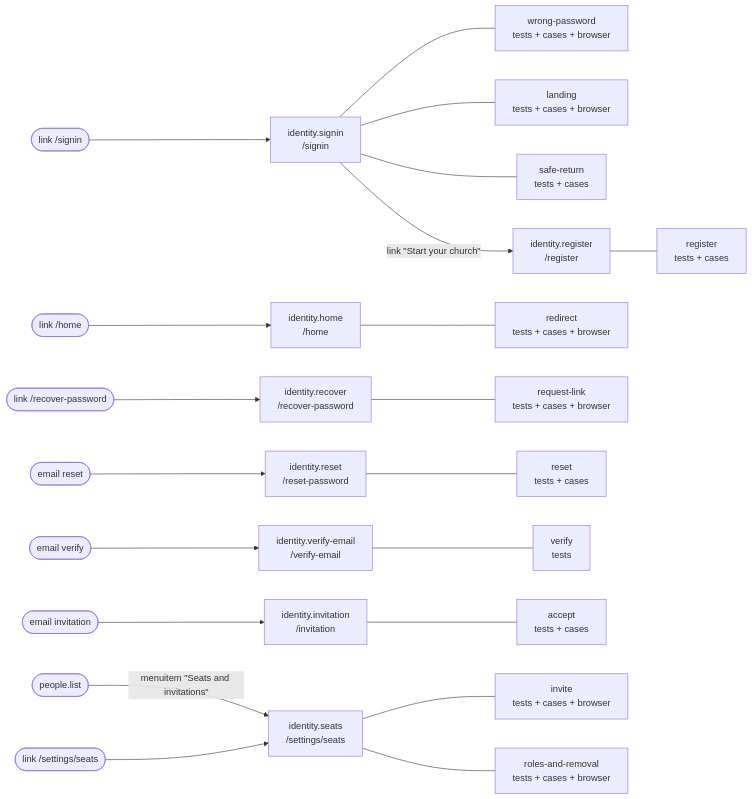
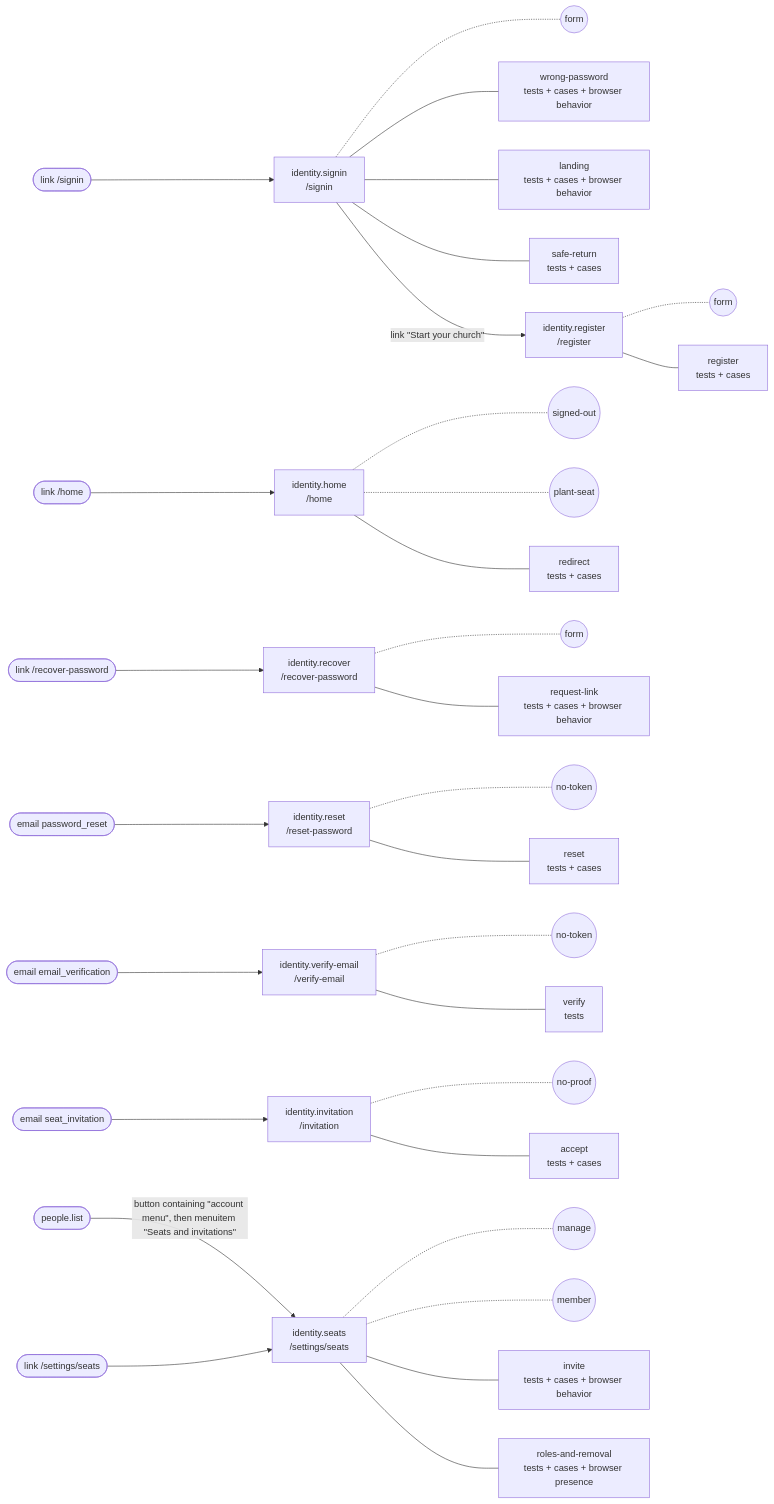
The diagram in docs/feature-maps/identity.md (SebastianGarces/everyfield), drawn with Mermaid before and after one commit. The commit also changed other lines of this file and 15 other files, not shown here.

````diff
--- a/docs/feature-maps/identity.md
+++ b/docs/feature-maps/identity.md
@@ -5,39 +6,49 @@
 ```mermaid
 flowchart LR
   s0_link0(["link /signin"])
   s1_link0(["link /home"])
   s3_link0(["link /recover-password"])
-  s4_link0(["email reset"])
-  s5_link0(["email verify"])
-  s6_link0(["email invitation"])
+  s4_link0(["email password_reset"])
+  s5_link0(["email email_verification"])
+  s6_link0(["email seat_invitation"])
   s7_link1(["link /settings/seats"])
   x_people_list(["people.list"])
   s0["identity.signin<br/>/signin"]
   s0_link0 --> s0
-  s0 --- s0_b0["wrong-password<br/>tests + cases + browser"]
-  s0 --- s0_b1["landing<br/>tests + cases + browser"]
+  s0 -.- s0_st0(("form"))
+  s0 --- s0_b0["wrong-password<br/>tests + cases + browser behavior"]
+  s0 --- s0_b1["landing<br/>tests + cases + browser behavior"]
   s0 --- s0_b2["safe-return<br/>tests + cases"]
   s1["identity.home<br/>/home"]
   s1_link0 --> s1
-  s1 --- s1_b0["redirect<br/>tests + cases + browser"]
+  s1 -.- s1_st0(("signed-out"))
+  s1 -.- s1_st1(("plant-seat"))
+  s1 --- s1_b0["redirect<br/>tests + cases"]
   s2["identity.register<br/>/register"]
   s0 -- "link #quot;Start your church#quot;" --> s2
+  s2 -.- s2_st0(("form"))
   s2 --- s2_b0["register<br/>tests + cases"]
   s3["identity.recover<br/>/recover-password"]
   s3_link0 --> s3
-  s3 --- s3_b0["request-link<br/>tests + cases + browser"]
+  s3 -.- s3_st0(("form"))
+  s3 --- s3_b0["request-link<br/>tests + cases + browser behavior"]
   s4["identity.reset<br/>/reset-password"]
   s4_link0 --> s4
+  s4 -.- s4_st0(("no-token"))
   s4 --- s4_b0["reset<br/>tests + cases"]
   s5["identity.verify-email<br/>/verify-email"]
   s5_link0 --> s5
+  s5 -.- s5_st0(("no-token"))
   s5 --- s5_b0["verify<br/>tests"]
   s6["identity.invitation<br/>/invitation"]
   s6_link0 --> s6
+  s6 -.- s6_st0(("no-proof"))
   s6 --- s6_b0["accept<br/>tests + cases"]
   s7["identity.seats<br/>/settings/seats"]
-  x_people_list -- "menuitem #quot;Seats and invitations#quot;" --> s7
+  x_people_list -- "button containing #quot;account menu#quot;, then menuitem #quot;Seats and invitations#quot;" --> s7
   s7_link1 --> s7
-  s7 --- s7_b0["invite<br/>tests + cases + browser"]
-  s7 --- s7_b1["roles-and-removal<br/>tests + cases + browser"]
+  s7 -.- s7_st0(("manage"))
+  s7 -.- s7_st1(("member"))
+  s7 --- s7_b0["invite<br/>tests + cases + browser behavior"]
+  s7 --- s7_b1["roles-and-removal<br/>tests + cases + browser presence"]
 ```
````
